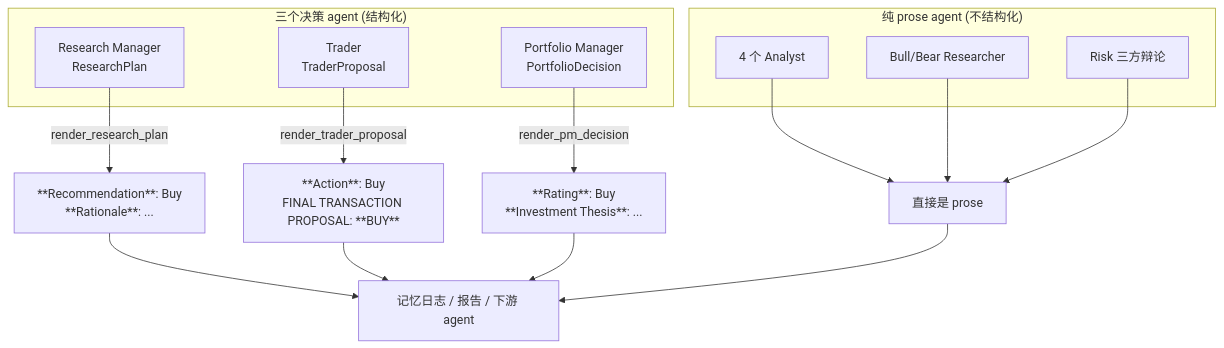
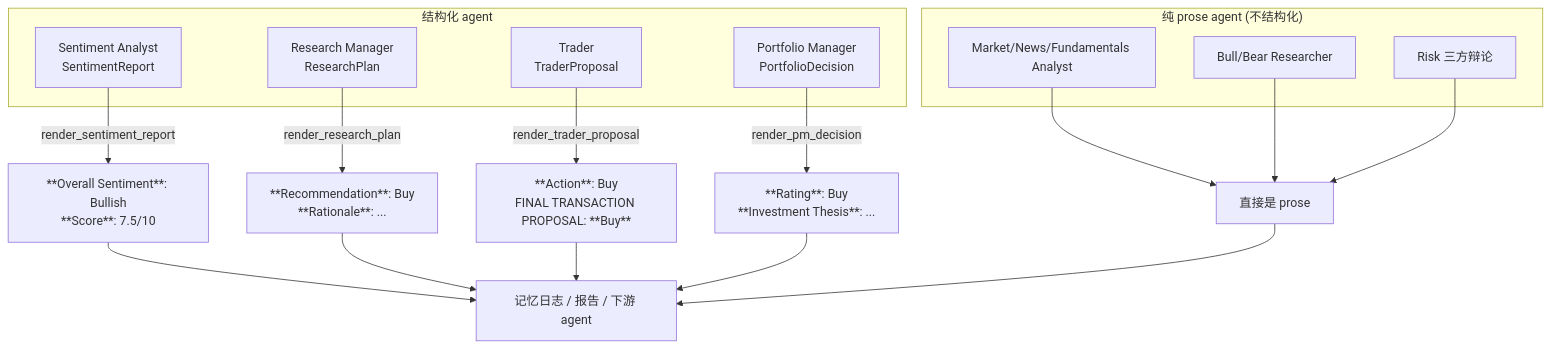
One commit to A1pha3/TradingAgents changed the first of 3 diagrams in docs/cn/06-internals/structured-output.md. Above: the diagram before and after it, drawn with Mermaid. The commit also changed other lines of this file and 18 other files, not shown here.

````diff
--- a/docs/cn/06-internals/structured-output.md
+++ b/docs/cn/06-internals/structured-output.md
@@ -18,23 +18,26 @@
 ```mermaid
 flowchart TD
-    subgraph "三个决策 agent (结构化)"
+    subgraph "结构化 agent"
+        SA["Sentiment Analyst<br/>SentimentReport"]
         RM["Research Manager<br/>ResearchPlan"]
         TR["Trader<br/>TraderProposal"]
         PM["Portfolio Manager<br/>PortfolioDecision"]
     end
     subgraph "纯 prose agent (不结构化)"
-        AN["4 个 Analyst"]
+        AN["Market/News/Fundamentals Analyst"]
         BL["Bull/Bear Researcher"]
         RK["Risk 三方辩论"]
     end
+    SA -->|"render_sentiment_report"| MD0["**Overall Sentiment**: Bullish\n**Score**: 7.5/10"]
     RM -->|"render_research_plan"| MD1["**Recommendation**: Buy\n**Rationale**: ..."]
-    TR -->|"render_trader_proposal"| MD2["**Action**: Buy\nFINAL TRANSACTION PROPOSAL: **BUY**"]
+    TR -->|"render_trader_proposal"| MD2["**Action**: Buy\nFINAL TRANSACTION PROPOSAL: **Buy**"]
     PM -->|"render_pm_decision"| MD3["**Rating**: Buy\n**Investment Thesis**: ..."]
     AN --> MD["直接是 prose"]
     BL --> MD
     RK --> MD
-    MD1 --> MEM["记忆日志 / 报告 / 下游 agent"]
+    MD0 --> MEM["记忆日志 / 报告 / 下游 agent"]
+    MD1 --> MEM
     MD2 --> MEM
     MD3 --> MEM
     MD --> MEM
 ```
````
